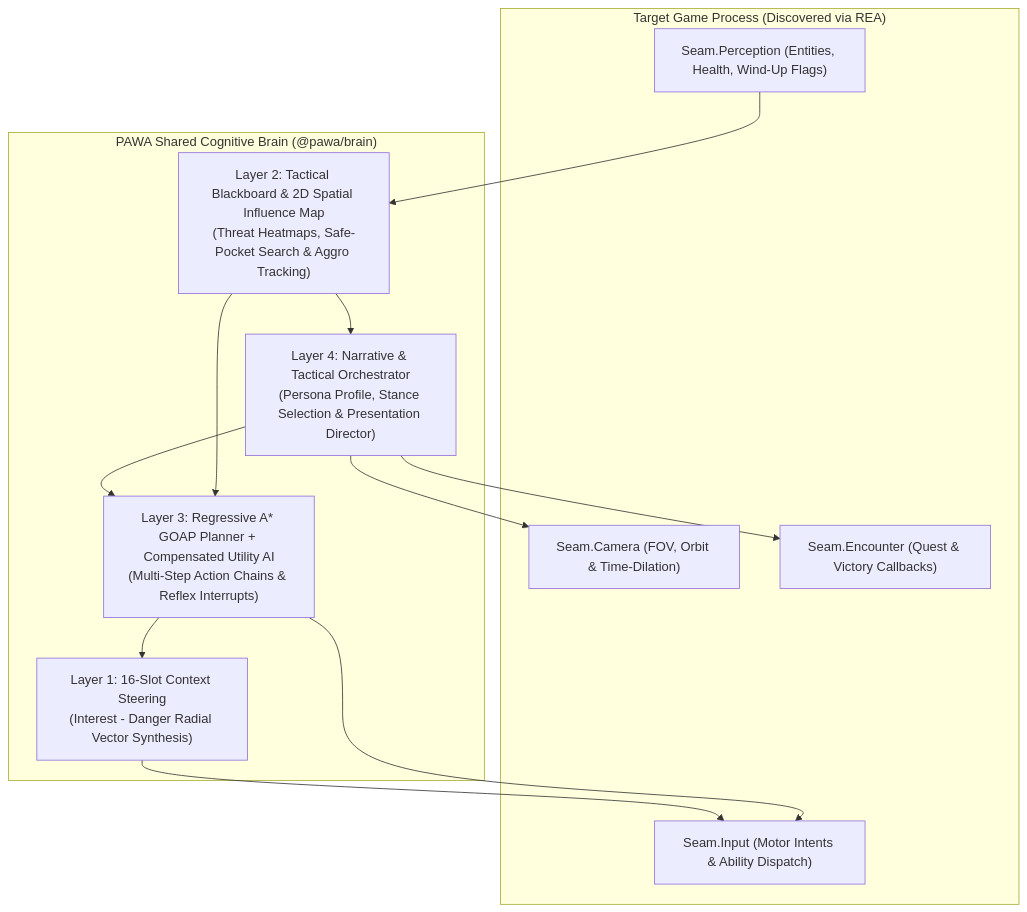
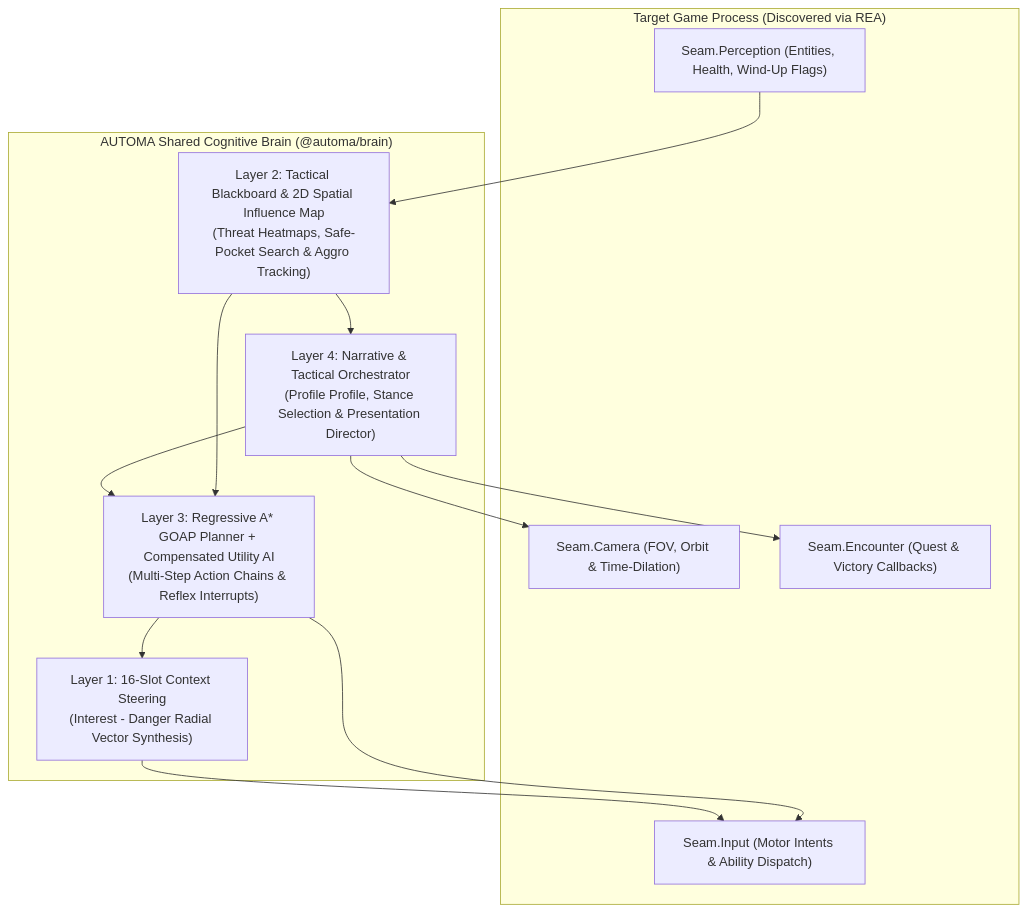
Before and after one commit to yusufgunay-esq/pawa: the diagram in README.md, drawn with Mermaid. The commit also changed other lines of this file and 37 other files, not shown here.

````diff
--- a/README.md
+++ b/README.md
@@ -46,26 +60,26 @@
 ```mermaid
 flowchart TD
     subgraph GameProcess["Target Game Process (Discovered via REA)"]
         S_P["Seam.Perception (Entities, Health, Wind-Up Flags)"]
         S_I["Seam.Input (Motor Intents & Ability Dispatch)"]
         S_C["Seam.Camera (FOV, Orbit & Time-Dilation)"]
         S_E["Seam.Encounter (Quest & Victory Callbacks)"]
     end
 
-    subgraph PawaKernel["PAWA Shared Cognitive Brain (@pawa/brain)"]
-        L4["Layer 4: Narrative & Tactical Orchestrator<br/>(Persona Profile, Stance Selection & Presentation Director)"]
+    subgraph AutomaKernel["AUTOMA Shared Cognitive Brain (@automa/brain)"]
+        L4["Layer 4: Narrative & Tactical Orchestrator<br/>(Profile Profile, Stance Selection & Presentation Director)"]
         L3["Layer 3: Regressive A* GOAP Planner + Compensated Utility AI<br/>(Multi-Step Action Chains & Reflex Interrupts)"]
         L2["Layer 2: Tactical Blackboard & 2D Spatial Influence Map<br/>(Threat Heatmaps, Safe-Pocket Search & Aggro Tracking)"]
         L1["Layer 1: 16-Slot Context Steering<br/>(Interest - Danger Radial Vector Synthesis)"]
     end
 
     S_P --> L2
     L2 --> L4
     L4 --> L3
     L2 --> L3
     L3 --> L1
     L1 --> S_I
     L3 --> S_I
     L4 --> S_C
     L4 --> S_E
 ```
````
